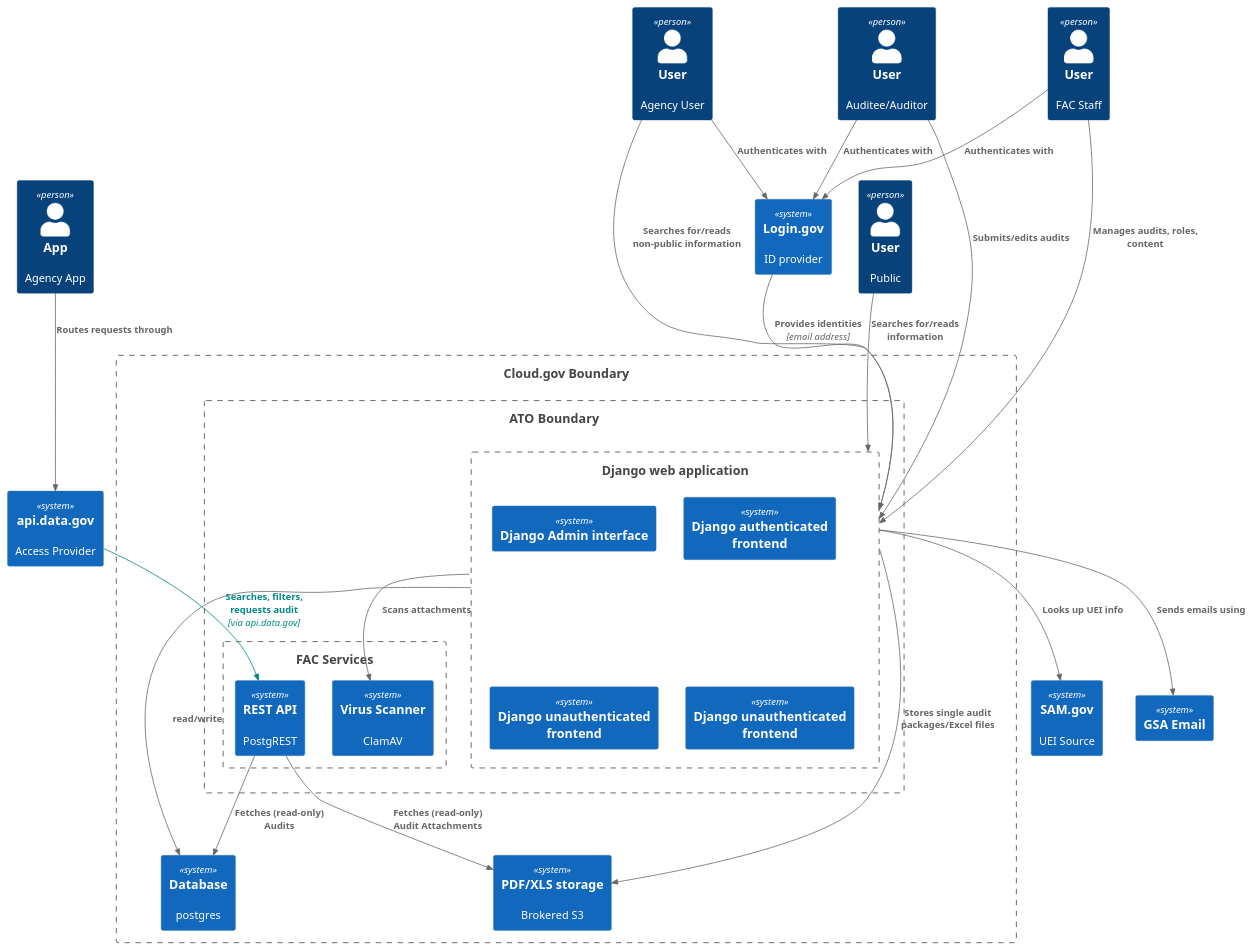
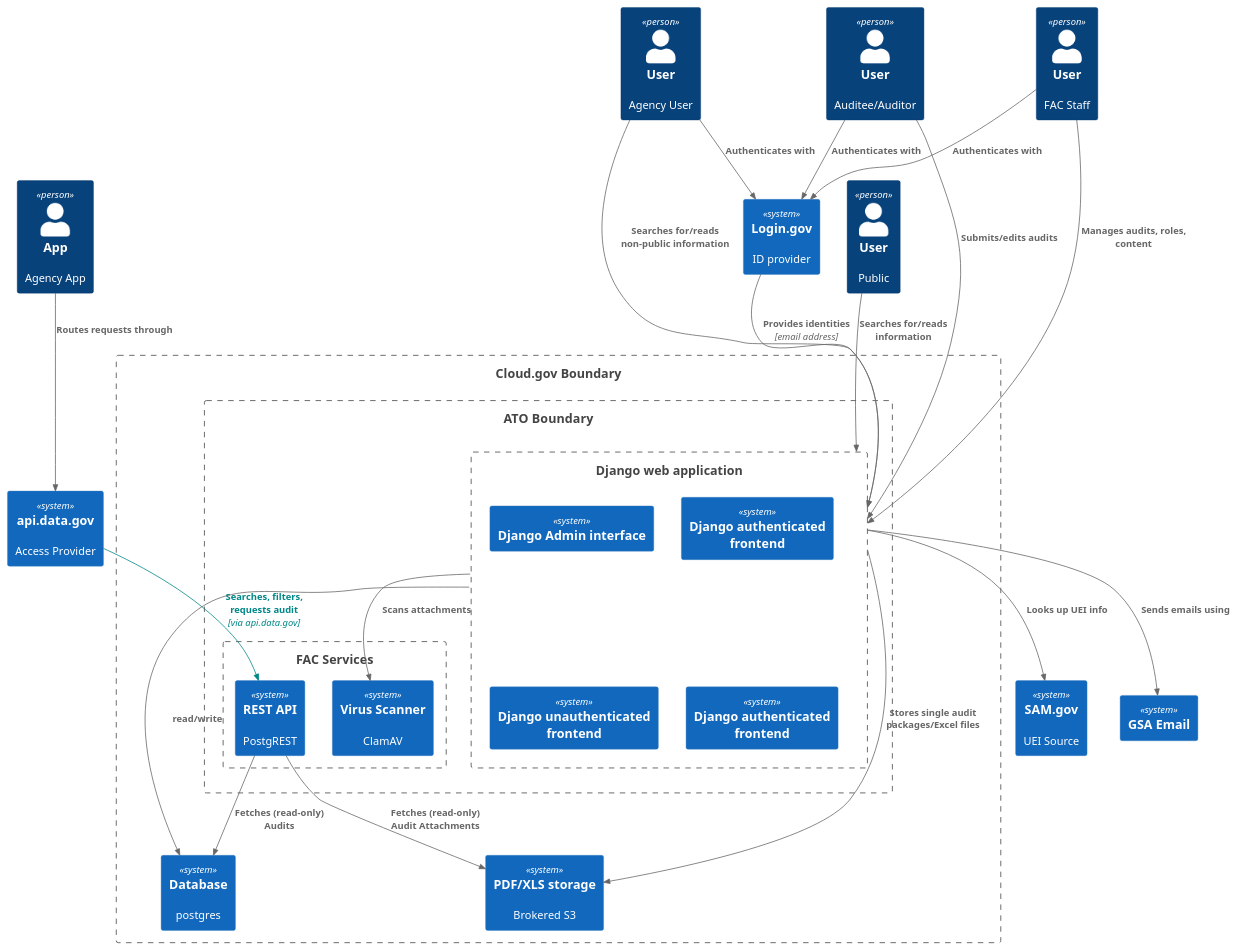
Before and after one commit to GSA-TTS/FAC: the diagram in docs/architecture/diagrams/src/fac_system_context_unified.puml, drawn with PlantUML.

```diff
--- a/docs/architecture/diagrams/src/fac_system_context_unified.puml
+++ b/docs/architecture/diagrams/src/fac_system_context_unified.puml
@@ -1,60 +1,60 @@
 @startuml FAC_System_Context_unified
 !include https://raw.githubusercontent.com/plantuml-stdlib/C4-PlantUML/master/C4_Container.puml
 
 Person(User, "User", "Auditee/Auditor")
 Person(Public, "User", "Public")
 Person(Staff, "User", "FAC Staff")
 Person(Agency, "User", "Agency User")
 Person(AgencyApp, "App", "Agency App")
 
 
 Boundary(cloudgov, "Cloud.gov Boundary") {
     Boundary(atob, "ATO Boundary") {
         Boundary(backend, "Django web application") {
             System(admin, "Django Admin interface")
             System(submissions, "Django authenticated frontend")
             System(publicinfo, "Django unauthenticated frontend")
-            System(pvtinfo, "Django unauthenticated frontend")
+            System(pvtinfo, "Django authenticated frontend")
 
         }
         Boundary(services, "FAC Services") {
             System(api, "REST API", "PostgREST")
             System(scan, "Virus Scanner", "ClamAV")
         }
     }
     System(db, "Database", "postgres")
     System(s3, "PDF/XLS storage", "Brokered S3")
 }
 
     System(Login, "Login.gov", "ID provider")
     System(datagov, "api.data.gov", "Access Provider")
     System(samgov, "SAM.gov", "UEI Source")
     System(Email, "GSA Email")
 
 
 AddRelTag("authenticated", $lineColor="#008787", $textColor="#008787")
 Rel(User, backend, "Submits/edits audits")
 Rel(Public, backend, "Searches for/reads information")
 Rel(Agency, backend, "Searches for/reads non-public information")
 Rel(Staff, backend, "Manages audits, roles, content")
 
 Rel(User, Login, "Authenticates with")
 Rel(Staff, Login, "Authenticates with")
 Rel(Agency, Login, "Authenticates with")
 Rel(AgencyApp, datagov, "Routes requests through")
 
 
 
 Rel(datagov, api, "Searches, filters, requests audit", "via api.data.gov", $tags="authenticated")
 Rel(Login, backend, "Provides identities", "email address")
 
 Rel(api, db, "Fetches (read-only) Audits")
 Rel(api, s3, "Fetches (read-only) Audit Attachments")
 
 Rel(backend, samgov, "Looks up UEI info")
 Rel(backend, Email, "Sends emails using")
 Rel(backend, scan, "Scans attachments")
 Rel(backend, db, "read/write")
 Rel(backend, s3, "Stores single audit packages/Excel files")
 
 @enduml
```
